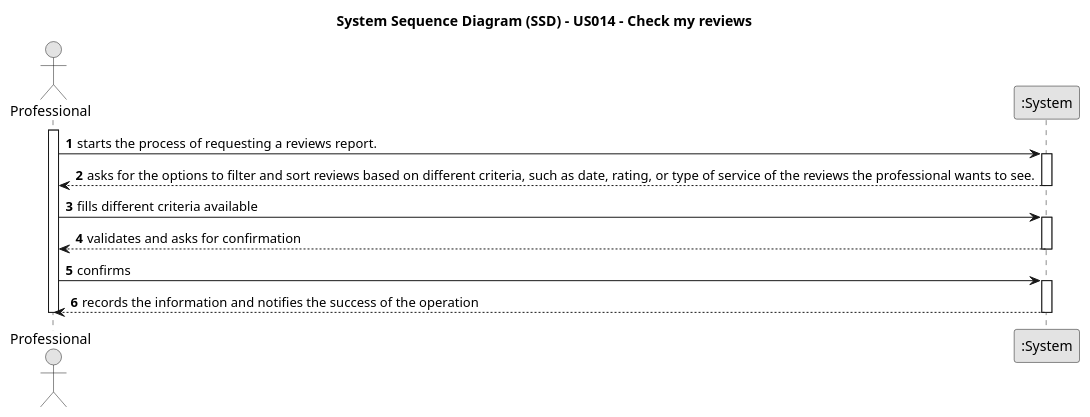
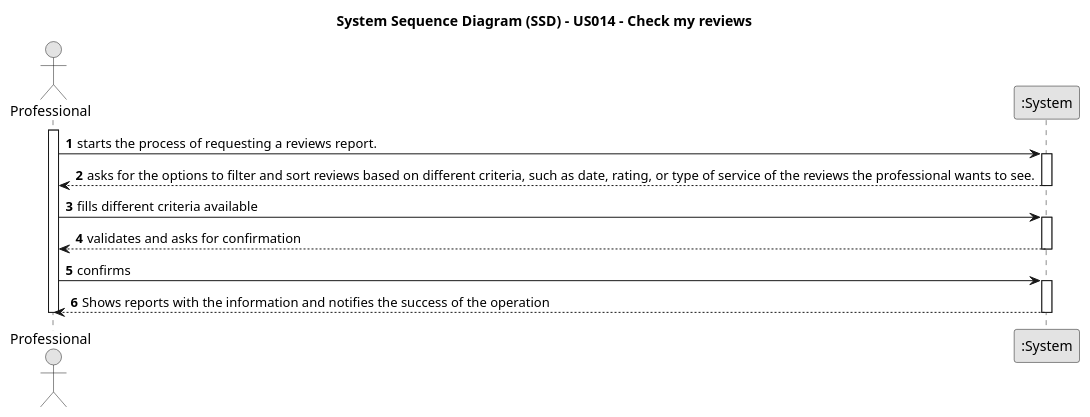
Before and after one commit to tbarracha/Upskill-Sprint-2-Gladly-Given: the diagram in javaSprint2GladlyGiven/Docs/UseCases/uc014/us014-SSD.puml, drawn with PlantUML. The commit also changed 5 other files, not shown here.

```diff
--- a/javaSprint2GladlyGiven/Docs/UseCases/uc014/us014-SSD.puml
+++ b/javaSprint2GladlyGiven/Docs/UseCases/uc014/us014-SSD.puml
@@ -1,28 +1,28 @@
 @startuml
 skinparam monochrome true
 skinparam packageStyle rectangle
 skinparam shadowing false
 
 title System Sequence Diagram (SSD) - US014 - Check my reviews
 
 autonumber
 
 actor Professional
 participant ":System" as System
 
 activate Professional
     Professional -> System : starts the process of requesting a reviews report.
     activate System
         System --> Professional : asks for the options to filter and sort reviews based on different criteria, such as date, rating, or type of service of the reviews the professional wants to see.
     deactivate System
     Professional -> System : fills different criteria available
     activate System
         System --> Professional : validates and asks for confirmation
     deactivate System
     Professional -> System : confirms
     activate System
-        System --> Professional : records the information and notifies the success of the operation
+        System --> Professional : Shows reports with the information and notifies the success of the operation
     deactivate System
 deactivate Professional
 
 @enduml
```
